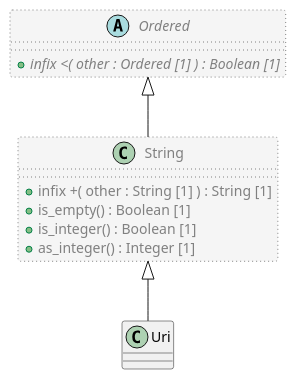
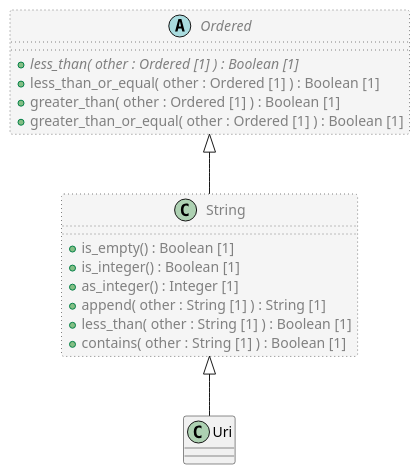
Before and after one commit to sebastian-iancu/code-generator: the diagram in code/Adoc/openehr_base_1.2.0/plantUML/classes/org.openehr.base.foundation_types.uri.adoc, drawn with PlantUML. The commit also changed 719 other files, not shown here.

```diff
--- a/code/Adoc/openehr_base_1.2.0/plantUML/classes/org.openehr.base.foundation_types.uri.adoc
+++ b/code/Adoc/openehr_base_1.2.0/plantUML/classes/org.openehr.base.foundation_types.uri.adoc
@@ -1,25 +1,30 @@
 [plantuml,Uri,format=svg,svg-type="inline"]
 -----
 @startuml
 
 class Uri {
 }
 
 class String  #whitesmoke;line:gray;line.dotted;text:gray {
-  + infix +( other : String [1] ) : String [1]
   + is_empty() : Boolean [1]
   + is_integer() : Boolean [1]
   + as_integer() : Integer [1]
+  + append( other : String [1] ) : String [1]
+  + less_than( other : String [1] ) : Boolean [1]
+  + contains( other : String [1] ) : Boolean [1]
 }
 
 abstract class Ordered  #whitesmoke;line:gray;line.dotted;text:gray {
-  + {abstract} infix <( other : Ordered [1] ) : Boolean [1]
+  + {abstract} less_than( other : Ordered [1] ) : Boolean [1]
+  + less_than_or_equal( other : Ordered [1] ) : Boolean [1]
+  + greater_than( other : Ordered [1] ) : Boolean [1]
+  + greater_than_or_equal( other : Ordered [1] ) : Boolean [1]
 }
 
 Ordered <|-- String
 
 String <|-- Uri
 
 
 @enduml
 -----
```
